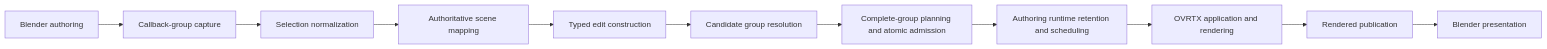
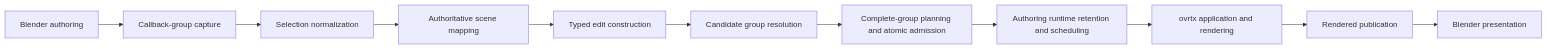
The diagram in projects/ov-blender-example/docs/architecture.md (NVIDIA-Omniverse/omniverse-labs), drawn with Mermaid before and after one commit. The commit also changed other lines of this file and 50 other files, not shown here.

````diff
--- a/projects/ov-blender-example/docs/architecture.md
+++ b/projects/ov-blender-example/docs/architecture.md
@@ -17,13 +17,13 @@
 ```mermaid
 flowchart LR
     Blender[Blender authoring] --> Capture[Callback-group capture]
     Capture --> Normalize[Selection normalization]
     Normalize --> Mapping[Authoritative scene mapping]
     Mapping --> Typed[Typed edit construction]
     Typed --> Resolution[Candidate group resolution]
     Resolution --> Planning[Complete-group planning and atomic admission]
     Planning --> Runtime[Authoring runtime retention and scheduling]
-    Runtime --> OVRTX[OVRTX application and rendering]
-    OVRTX --> Publish[Rendered publication]
+    Runtime --> ovrtx[ovrtx application and rendering]
+    ovrtx --> Publish[Rendered publication]
     Publish --> Present[Blender presentation]
 ```
````
